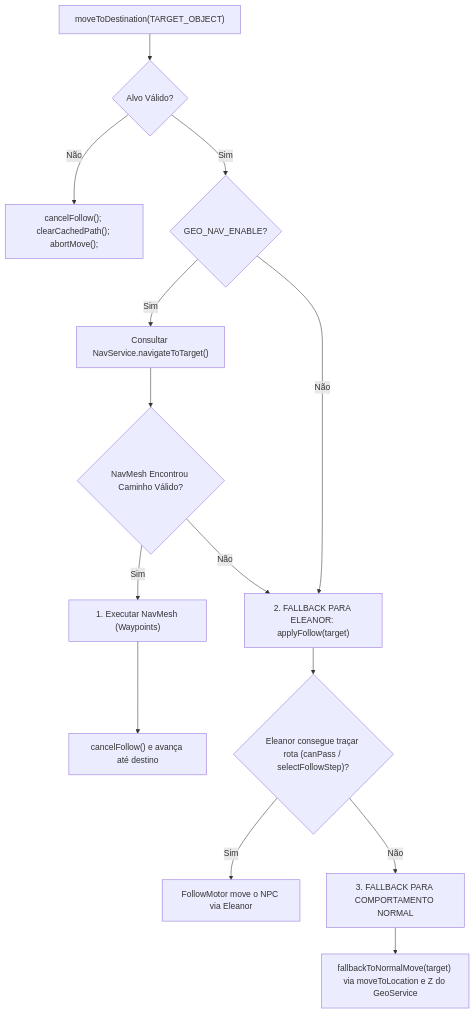
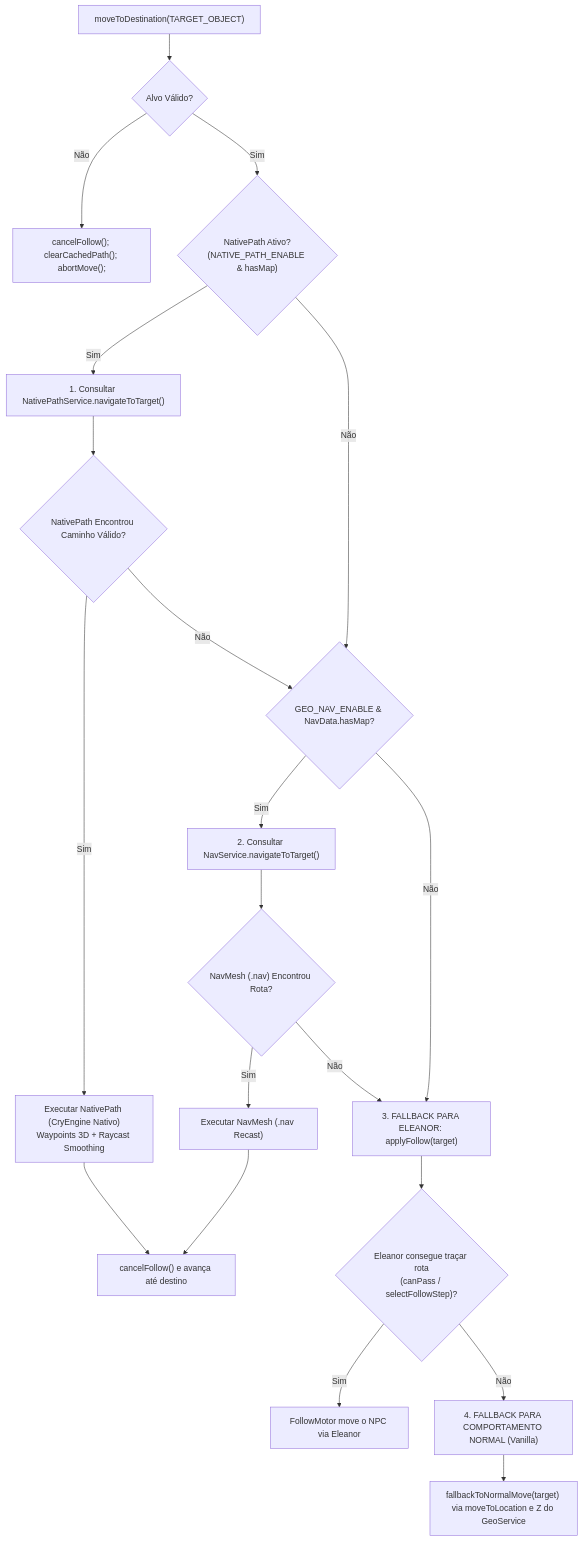
Before and after one commit to kamidaki/aion-classic-5.0: the diagram in 1 - Código Fonte [Emulador]/game-server/src/com/aionemu/gameserver/controllers/movement/README.md, drawn with Mermaid. The commit also changed other lines of this file and 257 other files, not shown here.

First line of the commit message:
Implementação do subsistema Native-Path CryEngine e integração 5.0

````diff
--- a/1 - Código Fonte [Emulador]/game-server/src/com/aionemu/gameserver/controllers/movement/README.md
+++ b/1 - Código Fonte [Emulador]/game-server/src/com/aionemu/gameserver/controllers/movement/README.md
@@ -8,20 +8,30 @@
 ```mermaid
 flowchart TD
     Start["moveToDestination(TARGET_OBJECT)"] --> CheckTarget{"Alvo Válido?"}
     CheckTarget -- Não --> Cancel["cancelFollow(); clearCachedPath(); abortMove();"]
-    CheckTarget -- Sim --> NavEnabled{"GEO_NAV_ENABLE?"}
+    CheckTarget -- Sim --> CheckNative{"NativePath Ativo?<br/>(NATIVE_PATH_ENABLE & hasMap)"}
 
-    NavEnabled -- Sim --> NavQuery["Consultar NavService.navigateToTarget()"]
-    NavQuery --> NavSuccess{"NavMesh Encontrou Caminho Válido?"}
-    
-    NavSuccess -- Sim --> ExecNav["1. Executar NavMesh (Waypoints)"]
-    ExecNav --> CancelEleanor["cancelFollow() e avança até destino"]
+    %% CAMADA 1: NATIVE-PATH
+    CheckNative -- Sim --> NativeQuery["1. Consultar NativePathService.navigateToTarget()"]
+    NativeQuery --> NativeSuccess{"NativePath Encontrou Caminho Válido?"}
+    NativeSuccess -- Sim --> ExecNative["Executar NativePath (CryEngine Nativo)<br/>Waypoints 3D + Raycast Smoothing"]
+    ExecNative --> CancelEleanor["cancelFollow() e avança até destino"]
 
-    NavEnabled -- Não --> TryEleanor
-    NavSuccess -- Não --> TryEleanor["2. FALLBACK PARA ELEANOR: applyFollow(target)"]
+    %% CAMADA 2: NAVMESH (.NAV)
+    CheckNative -- Não --> CheckNav{"GEO_NAV_ENABLE & NavData.hasMap?"}
+    NativeSuccess -- Não --> CheckNav
+    CheckNav -- Sim --> NavQuery["2. Consultar NavService.navigateToTarget()"]
+    NavQuery --> NavSuccess{"NavMesh (.nav) Encontrou Rota?"}
+    NavSuccess -- Sim --> ExecNav["Executar NavMesh (.nav Recast)"]
+    ExecNav --> CancelEleanor
 
-    TryEleanor --> EleanorCheck{"Eleanor consegue traçar rota (canPass / selectFollowStep)?"}
+    %% CAMADA 3: ELEANOR
+    CheckNav -- Não --> TryEleanor["3. FALLBACK PARA ELEANOR: applyFollow(target)"]
+    NavSuccess -- Não --> TryEleanor
+    TryEleanor --> EleanorCheck{"Eleanor consegue traçar rota<br/>(canPass / selectFollowStep)?"}
     EleanorCheck -- Sim --> ExecEleanor["FollowMotor move o NPC via Eleanor"]
-    EleanorCheck -- Não --> NormalMove["3. FALLBACK PARA COMPORTAMENTO NORMAL"]
+
+    %% CAMADA 4: VANILLA / COMPORTAMENTO NORMAL
+    EleanorCheck -- Não --> NormalMove["4. FALLBACK PARA COMPORTAMENTO NORMAL (Vanilla)"]
     NormalMove --> ExecNormal["fallbackToNormalMove(target) via moveToLocation e Z do GeoService"]
 ```
````
